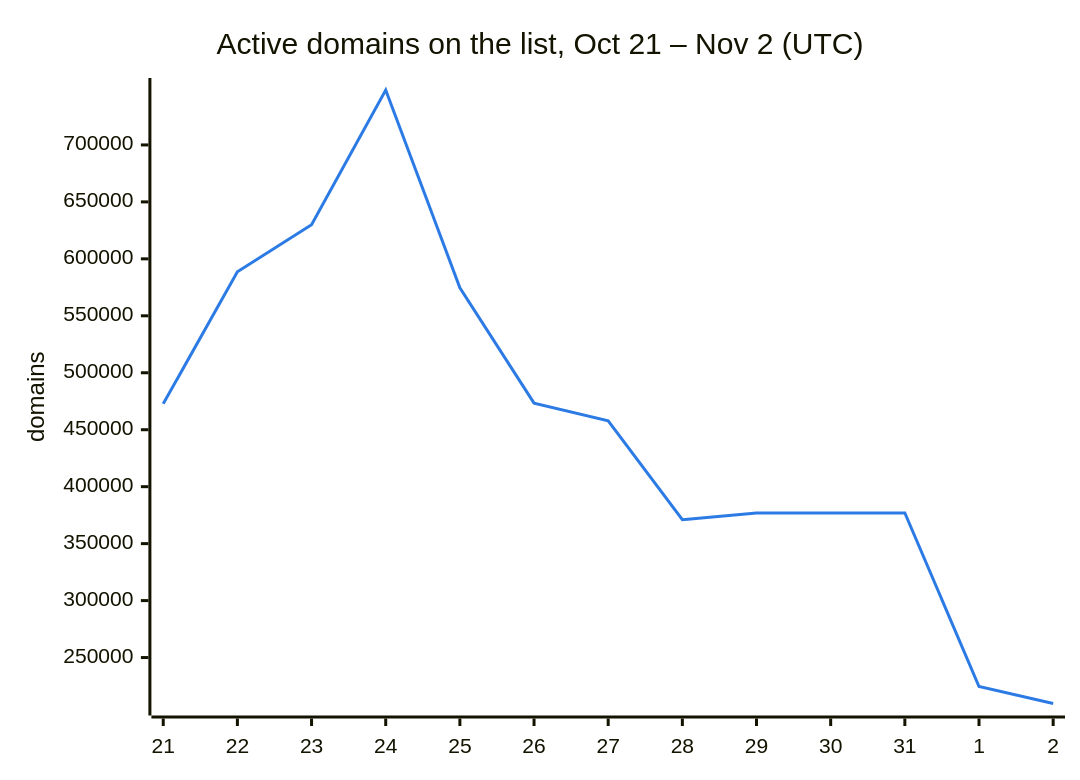
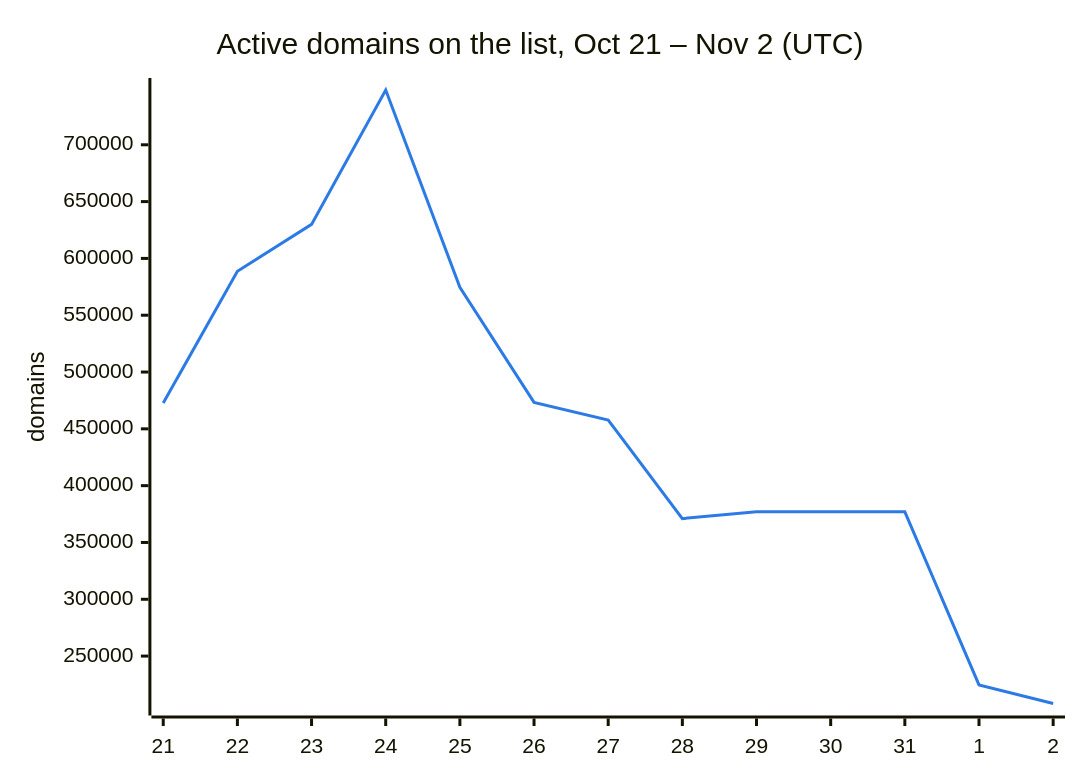
The second of 3 diagrams in README.md (DNSBunker/CTI), drawn with Mermaid before and after one commit. The commit also changed other lines of this file and 3 other files, not shown here.

````diff
--- a/README.md
+++ b/README.md
@@ -38,8 +38,8 @@
 ```mermaid
 %%{init: {"themeVariables": {"xyChart": {"plotColorPalette": "#2c7be5"}}}}%%
 xychart-beta
     title "Active domains on the list, Oct 21 – Nov 2 (UTC)"
     x-axis ["21", "22", "23", "24", "25", "26", "27", "28", "29", "30", "31", "1", "2"]
     y-axis "domains"
-    line [472713, 588659, 629951, 748222, 574614, 473331, 457795, 371010, 376945, 376945, 376945, 224607, 209665]
+    line [472713, 588659, 629951, 748222, 574614, 473331, 457795, 371010, 376945, 376945, 376945, 224607, 208271]
 ```
````
